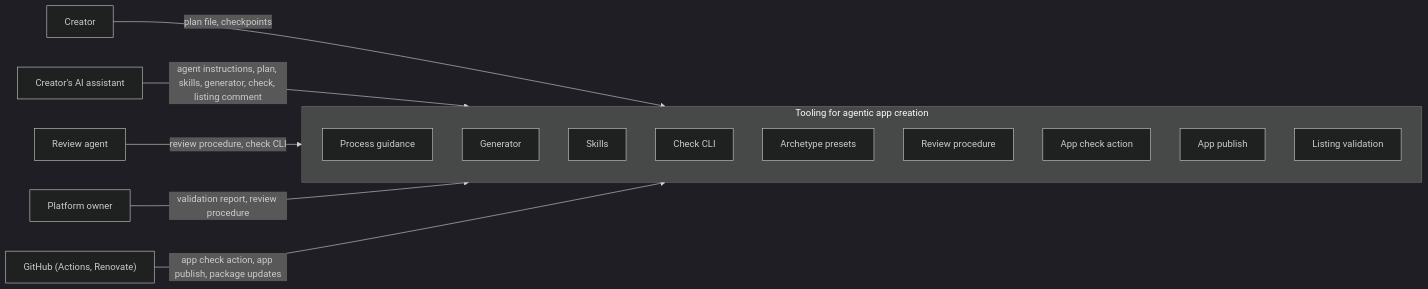
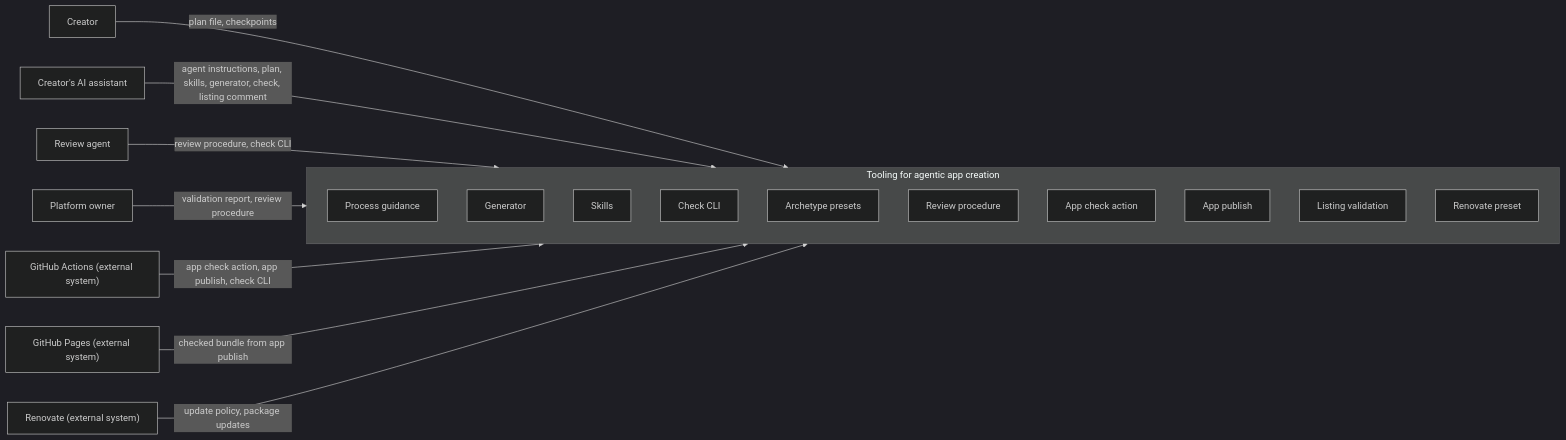
One commit to lernapps/tooling changed the diagram in docs/arc42/03-system-context.arc42.md. Above: the diagram before and after it, drawn with Mermaid (dark theme). The commit also changed other lines of this file and 1 other file, not shown here.

First line of the commit message:
docs(arc42): GitHub Actions, GitHub Pages and Renovate are external systems, not one actor

````diff
--- a/docs/arc42/03-system-context.arc42.md
+++ b/docs/arc42/03-system-context.arc42.md
@@ -27,24 +29,29 @@
 ```mermaid
 flowchart LR
     actor-creator["Creator"]
     actor-assistant["Creator's AI assistant"]
     actor-owner["Platform owner"]
     actor-review-agent["Review agent"]
-    actor-github["GitHub (Actions, Renovate)"]
+    actor-github-actions["GitHub Actions (external system)"]
+    actor-github-pages["GitHub Pages (external system)"]
+    actor-renovate["Renovate (external system)"]
     subgraph tooling["Tooling for agentic app creation"]
         bb-process-guidance["Process guidance"]
         bb-generator["Generator"]
         bb-skills["Skills"]
         bb-check-cli["Check CLI"]
         bb-archetypes["Archetype presets"]
         bb-review-procedure["Review procedure"]
         bb-app-check-action["App check action"]
         bb-app-publish["App publish"]
         bb-listing-validation["Listing validation"]
+        bb-renovate-preset["Renovate preset"]
     end
     actor-creator -->|"plan file, checkpoints"| tooling
     actor-assistant -->|"agent instructions, plan, skills, generator, check, listing comment"| tooling
     actor-review-agent -->|"review procedure, check CLI"| tooling
     actor-owner -->|"validation report, review procedure"| tooling
-    actor-github -->|"app check action, app publish, package updates"| tooling
+    actor-github-actions -->|"app check action, app publish, check CLI"| tooling
+    actor-github-pages -->|"checked bundle from app publish"| tooling
+    actor-renovate -->|"update policy, package updates"| tooling
 ```
````
